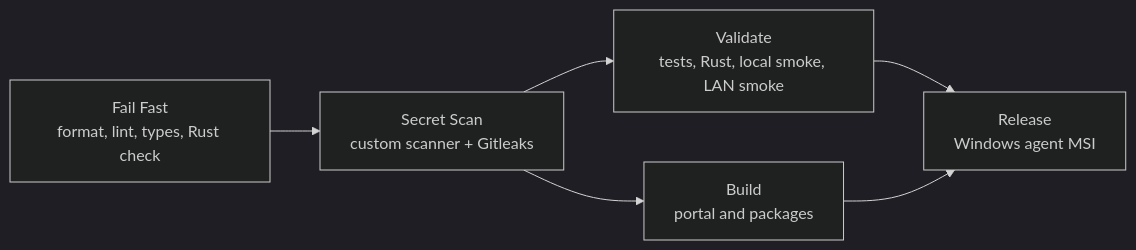
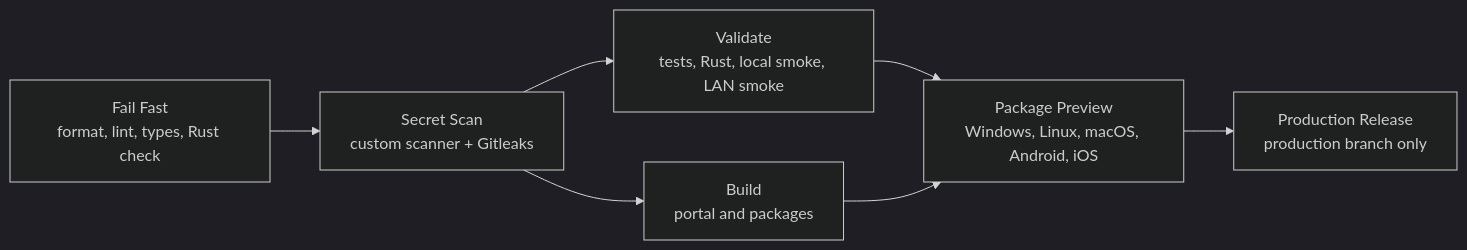
One commit to ocentra/OcentraParent changed the diagram in .github/workflows/README.md. Above: the diagram before and after it, drawn with Mermaid (dark theme). The commit also changed other lines of this file and 36 other files, not shown here.

````diff
--- a/.github/workflows/README.md
+++ b/.github/workflows/README.md
@@ -5,8 +5,9 @@
 ```mermaid
 graph LR
   FF["Fail Fast<br/>format, lint, types, Rust check"] --> SS["Secret Scan<br/>custom scanner + Gitleaks"]
   SS --> V["Validate<br/>tests, Rust, local smoke, LAN smoke"]
   SS --> B["Build<br/>portal and packages"]
-  V --> R["Release<br/>Windows agent MSI"]
-  B --> R
+  V --> P["Package Preview<br/>Windows, Linux, macOS, Android, iOS"]
+  B --> P
+  P --> R["Production Release<br/>production branch only"]
 ```
````
